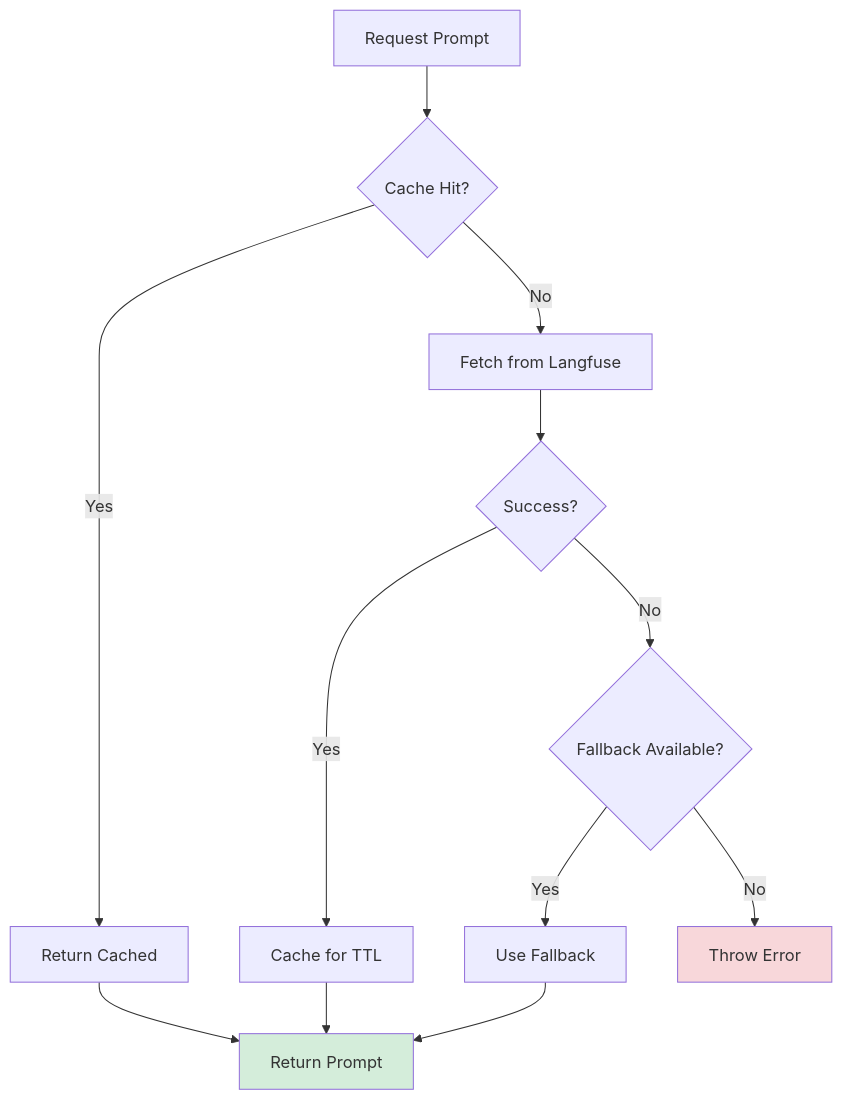
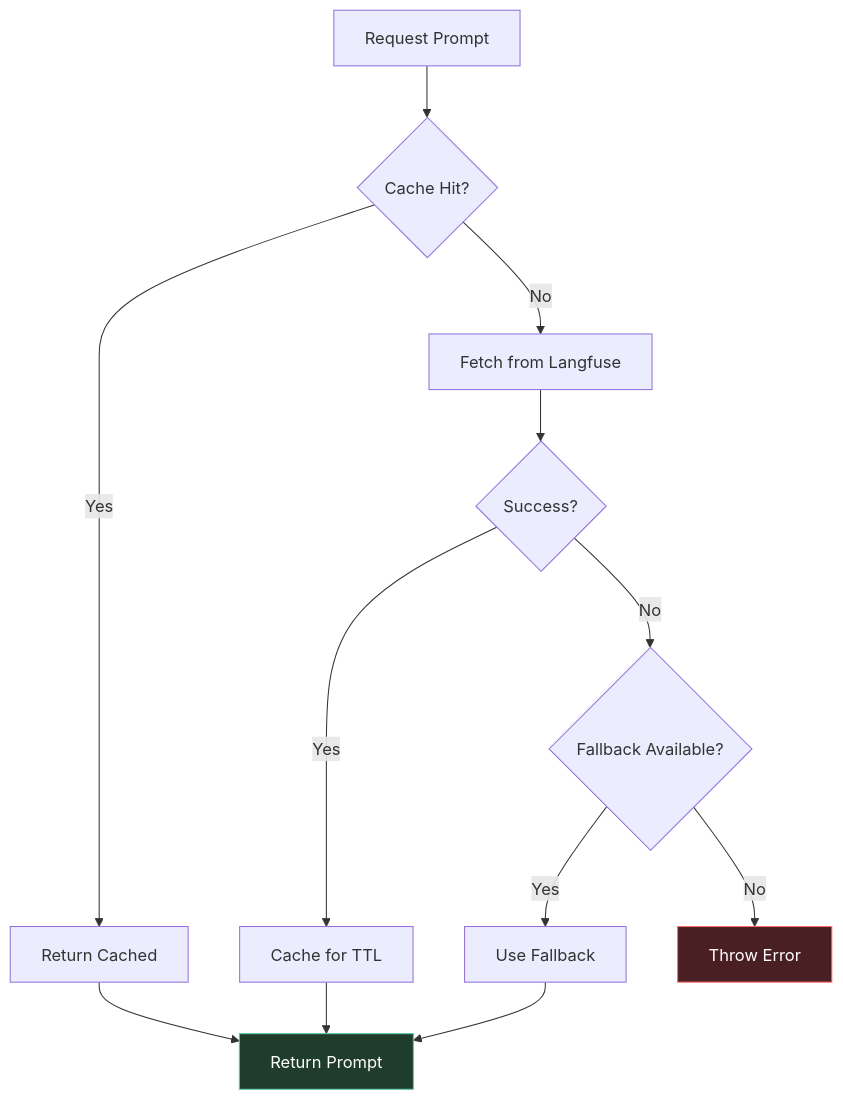
Before and after one commit to nicolad/vadim.blog: the second of 10 diagrams in blog/2026/02-11-langfuse-features-prompts-tracing-scores-usage/index.md, drawn with Mermaid. The commit also changed other lines of this file and 1 other file, not shown here.

````diff
--- a/blog/2026/02-11-langfuse-features-prompts-tracing-scores-usage/index.md
+++ b/blog/2026/02-11-langfuse-features-prompts-tracing-scores-usage/index.md
@@ -83,17 +94,17 @@
 ```mermaid
 graph TD
     A[Request Prompt] --> B{Cache Hit?}
     B -->|Yes| C[Return Cached]
     B -->|No| D[Fetch from Langfuse]
     D --> E{Success?}
     E -->|Yes| F[Cache for TTL]
     E -->|No| G{Fallback Available?}
     F --> H[Return Prompt]
     G -->|Yes| I[Use Fallback]
     G -->|No| J[Throw Error]
     I --> H
     C --> H
     
-    style H fill:#d4edda
-    style J fill:#f8d7da
+    style H fill:#1f3d2a,stroke:#59c9a5,color:#fff
+    style J fill:#4a1f23,stroke:#ff6b6b,color:#fff
 ```
````
